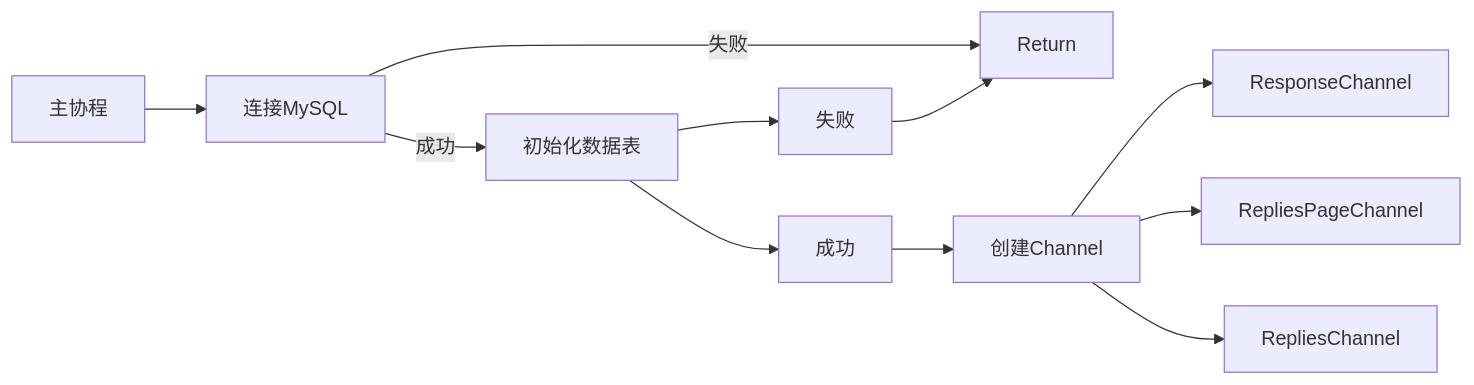
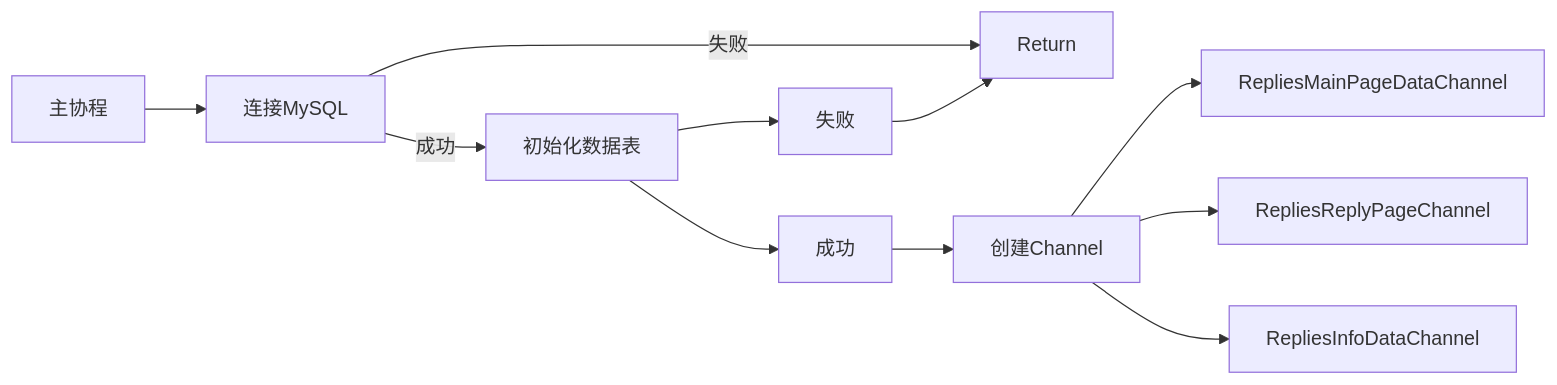
One commit to west2-online-reserve/collection-golang changed the first of 2 diagrams in work2/jsbjkskbs/bilibili_reply_graph.md. Above: the diagram before and after it, drawn with Mermaid. The commit also changed other lines of this file and 1 other file, not shown here.

Commit message:
update graph

````diff
--- a/work2/jsbjkskbs/bilibili_reply_graph.md
+++ b/work2/jsbjkskbs/bilibili_reply_graph.md
@@ -1,11 +1,11 @@
 ```mermaid
 flowchart LR;
     主协程-->连接MySQL
     连接MySQL--失败-->Return
     连接MySQL--成功-->初始化数据表
     初始化数据表-->失败-->Return
     初始化数据表-->成功-->创建Channel
-    创建Channel-->ResponseChannel
-    创建Channel-->RepliesPageChannel
-    创建Channel-->RepliesChannel
+    创建Channel-->RepliesMainPageDataChannel
+    创建Channel-->RepliesReplyPageChannel
+    创建Channel-->RepliesInfoDataChannel
 ```
````
